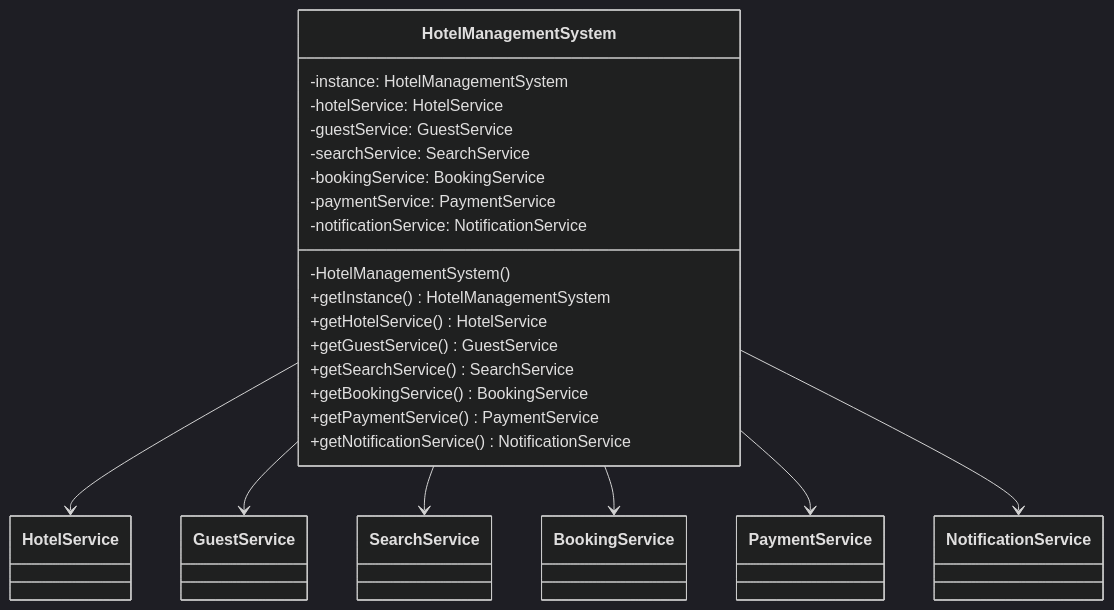
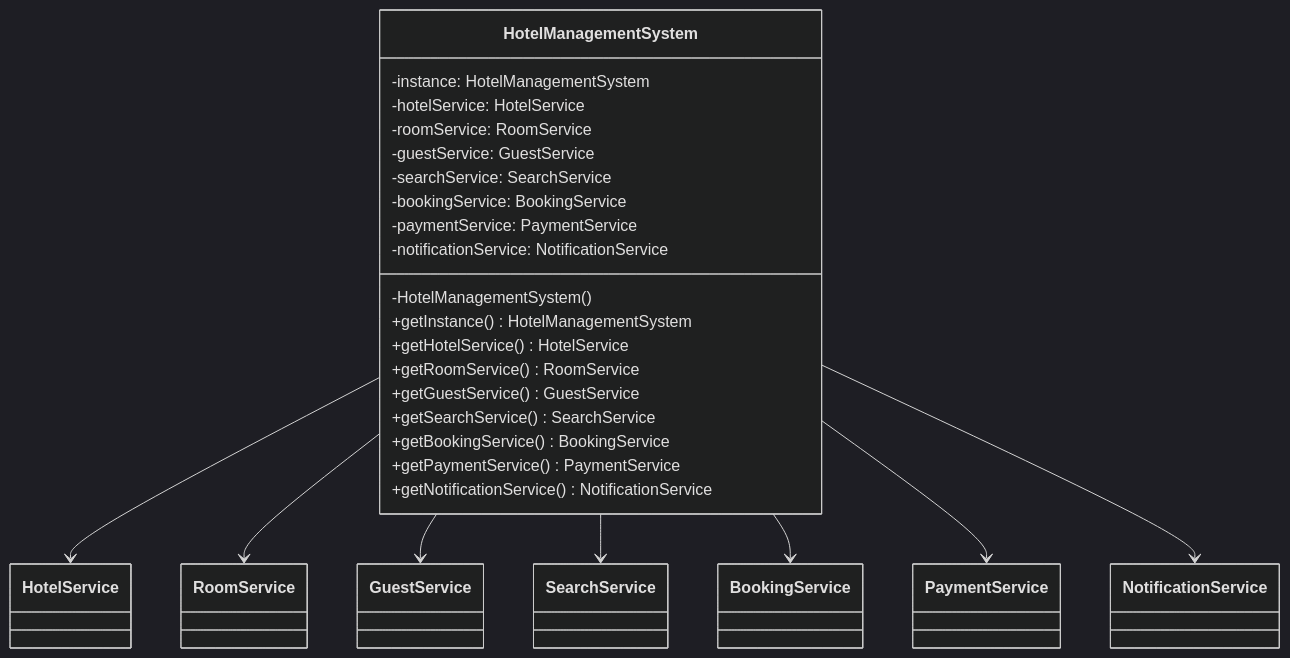
One commit to Arnavjain1703/LLD changed the eighth of 9 diagrams in HotelManagement/HMS_Class_Diagrams.md. Above: the diagram before and after it, drawn with Mermaid (dark theme). The commit also changed other lines of this file, not shown here.

````diff
--- a/HotelManagement/HMS_Class_Diagrams.md
+++ b/HotelManagement/HMS_Class_Diagrams.md
@@ -408,27 +428,30 @@
 ```mermaid
 classDiagram
     class HotelManagementSystem {
         -instance: HotelManagementSystem
         -hotelService: HotelService
+        -roomService: RoomService
         -guestService: GuestService
         -searchService: SearchService
         -bookingService: BookingService
         -paymentService: PaymentService
         -notificationService: NotificationService
         -HotelManagementSystem()
         +getInstance() HotelManagementSystem
         +getHotelService() HotelService
+        +getRoomService() RoomService
         +getGuestService() GuestService
         +getSearchService() SearchService
         +getBookingService() BookingService
         +getPaymentService() PaymentService
         +getNotificationService() NotificationService
     }
 
-    HotelManagementSystem --> HotelService
-    HotelManagementSystem --> GuestService
-    HotelManagementSystem --> SearchService
-    HotelManagementSystem --> BookingService
-    HotelManagementSystem --> PaymentService
-    HotelManagementSystem --> NotificationService
+    HotelManagementSystem  -->  HotelService
+    HotelManagementSystem  -->  RoomService
+    HotelManagementSystem  -->  GuestService
+    HotelManagementSystem  -->  SearchService
+    HotelManagementSystem  -->  BookingService
+    HotelManagementSystem  -->  PaymentService
+    HotelManagementSystem  -->  NotificationService
 ```
````
